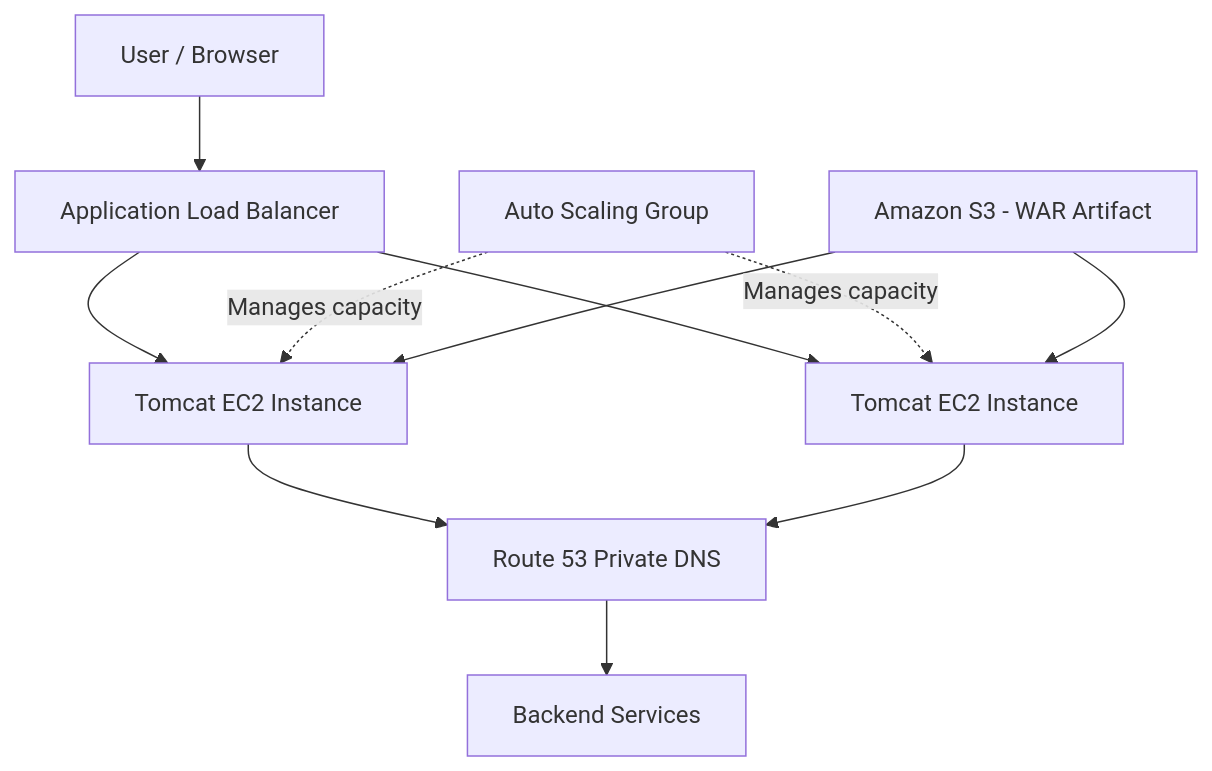
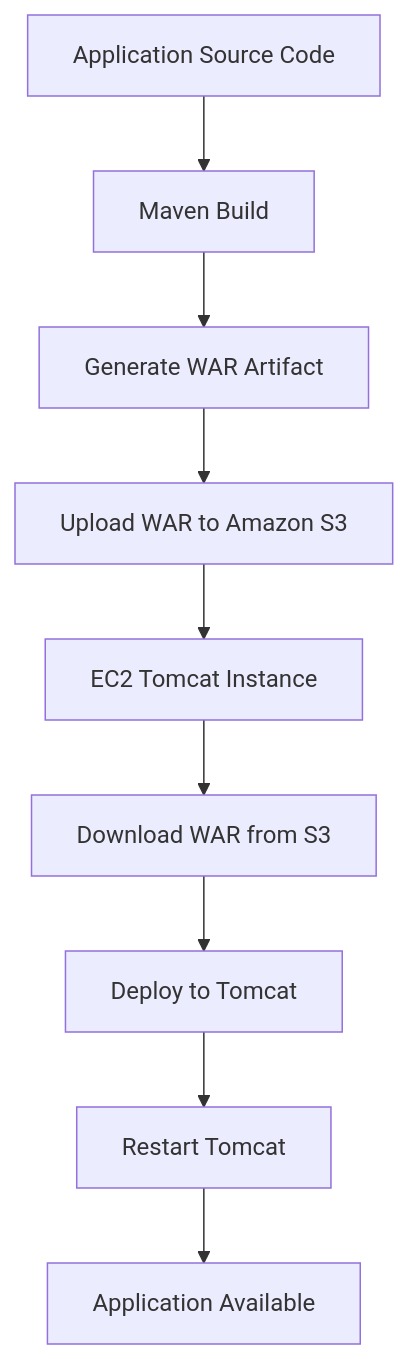
The diagram in README.md (Wilm12/AWS-deployment), drawn with Mermaid before and after one commit. The commit also changed other lines of this file, not shown here.

````diff
--- a/README.md
+++ b/README.md
@@ -41,16 +65,11 @@
 ```mermaid
 flowchart TD
-    U[User / Browser] --> ALB[Application Load Balancer]
-    ALB --> EC2A[Tomcat EC2 Instance]
-    ALB --> EC2B[Tomcat EC2 Instance]
-
-    ASG[Auto Scaling Group] -. Manages capacity .-> EC2A
-    ASG -. Manages capacity .-> EC2B
-
-    S3[Amazon S3 - WAR Artifact] --> EC2A
-    S3 --> EC2B
-
-    EC2A --> DNS[Route 53 Private DNS]
-    EC2B --> DNS
-    DNS --> DB[Backend Services]
+    A[Application Source Code] --> B[Maven Build]
+    B --> C[Generate WAR Artifact]
+    C --> D[Upload WAR to Amazon S3]
+    D --> E[EC2 Tomcat Instance]
+    E --> F[Download WAR from S3]
+    F --> G[Deploy to Tomcat]
+    G --> H[Restart Tomcat]
+    H --> I[Application Available]
 ```
````
